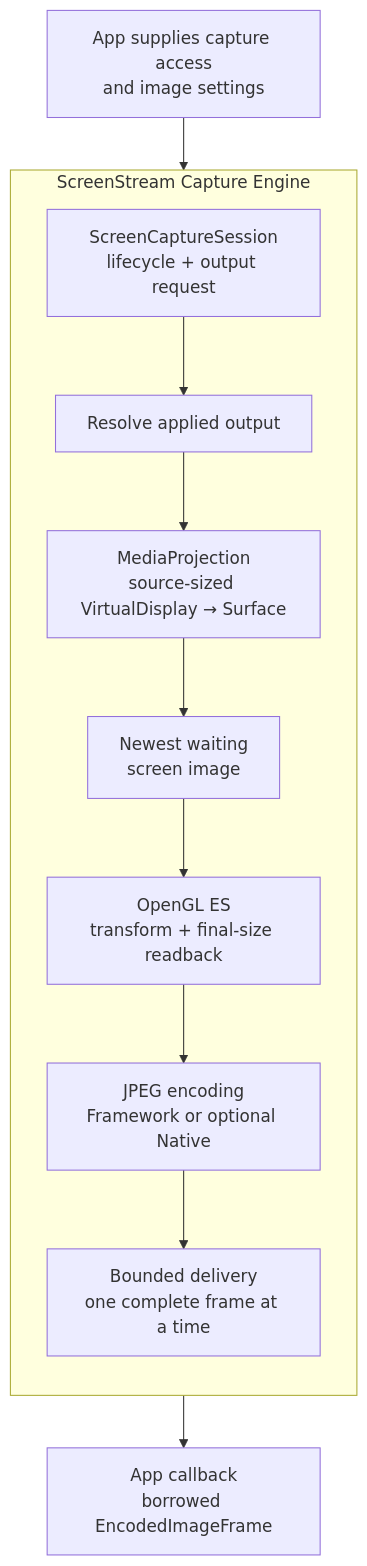
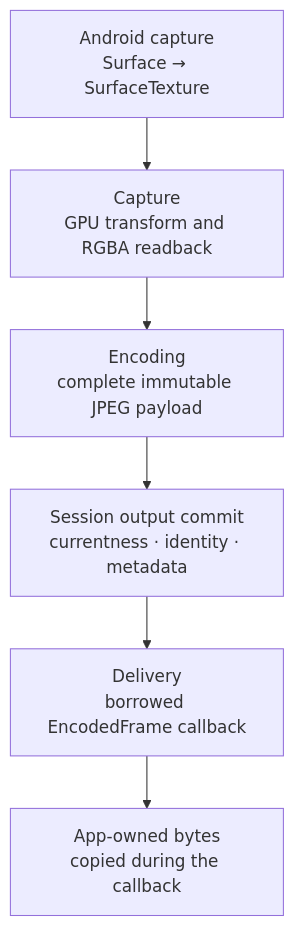
The third of 4 diagrams in screen-capture-engine/docs/architecture.md (dkrivoruchko/ScreenStream), drawn with Mermaid before and after one commit. The commit also changed other lines of this file and 149 other files, not shown here.

````diff
--- a/screen-capture-engine/docs/architecture.md
+++ b/screen-capture-engine/docs/architecture.md
@@ -60,16 +165,8 @@
 ```mermaid
 flowchart TB
-    App["App supplies capture access<br/>and image settings"] --> Session
-
-    subgraph Engine["ScreenStream Capture Engine"]
-        direction TB
-        Session["ScreenCaptureSession<br/>lifecycle + output request"] --> Resolve["Resolve applied output"]
-        Resolve --> Capture["MediaProjection<br/>source-sized VirtualDisplay → Surface"]
-        Capture --> Source["Newest waiting<br/>screen image"]
-        Source --> GPU["OpenGL ES<br/>transform + final-size readback"]
-        GPU --> Encode["JPEG encoding<br/>Framework or optional Native"]
-        Encode --> Deliver["Bounded delivery<br/>one complete frame at a time"]
-    end
-
-    Deliver --> Callback["App callback<br/>borrowed EncodedImageFrame"]
+    Android["Android capture<br/>Surface → SurfaceTexture"] --> Capture["Capture<br/>GPU transform and RGBA readback"]
+    Capture --> Encoding["Encoding<br/>complete immutable JPEG payload"]
+    Encoding --> Commit["Session output commit<br/>currentness · identity · metadata"]
+    Commit --> Delivery["Delivery<br/>borrowed EncodedFrame callback"]
+    Delivery --> App["App-owned bytes<br/>copied during the callback"]
 ```
````
